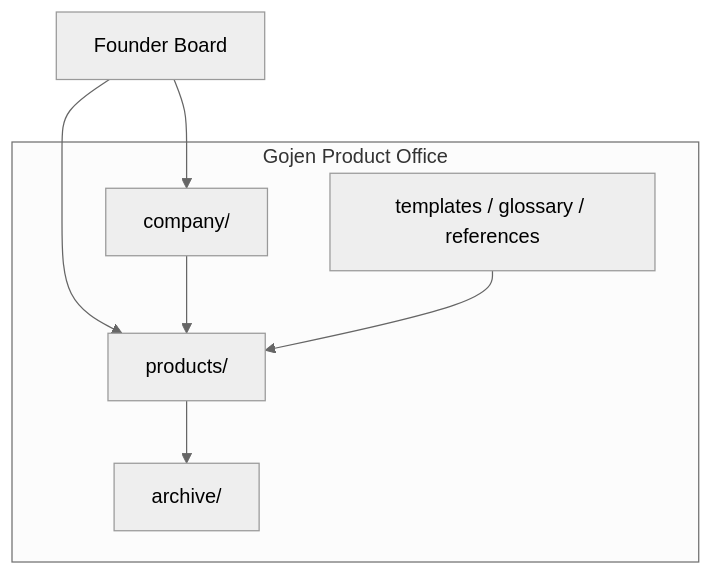
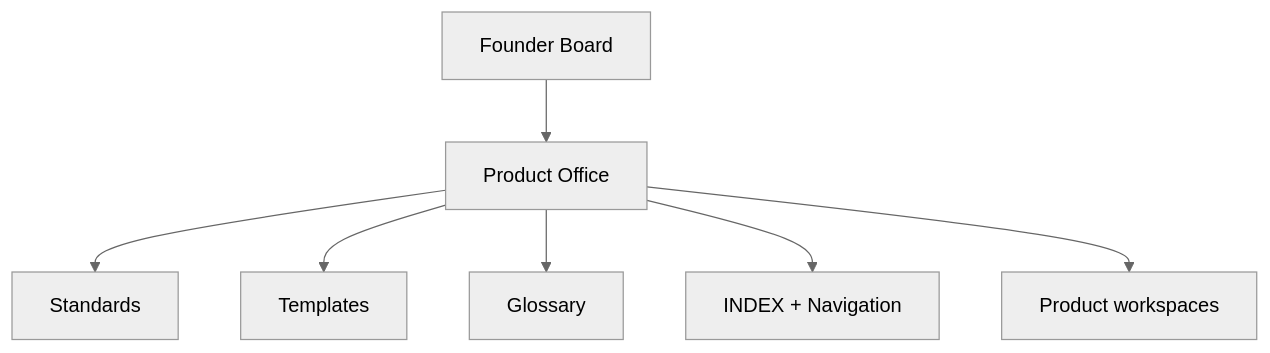
The first of 2 diagrams in README.md (gojentech/gojen-product-office), drawn with Mermaid (neutral theme) before and after one commit. The commit also changed other lines of this file and 56 other files, not shown here.

Commit message:
feat(gpo): establish documentation standards and templates

````diff
--- a/README.md
+++ b/README.md
@@ -44,15 +68,9 @@
 ```mermaid
 flowchart TB
-  subgraph ProductOffice["Gojen Product Office"]
-    Company["company/"]
-    Products["products/"]
-    Shared["templates / glossary / references"]
-    Archive["archive/"]
-  end
-
-  Founders["Founder Board"] --> Company
-  Founders --> Products
-  Company --> Products
-  Shared --> Products
-  Products --> Archive
+  FB["Founder Board"] --> PO["Product Office"]
+  PO --> STD["Standards"]
+  PO --> TPL["Templates"]
+  PO --> GLO["Glossary"]
+  PO --> IDX["INDEX + Navigation"]
+  PO --> PRD["Product workspaces"]
 ```
````
